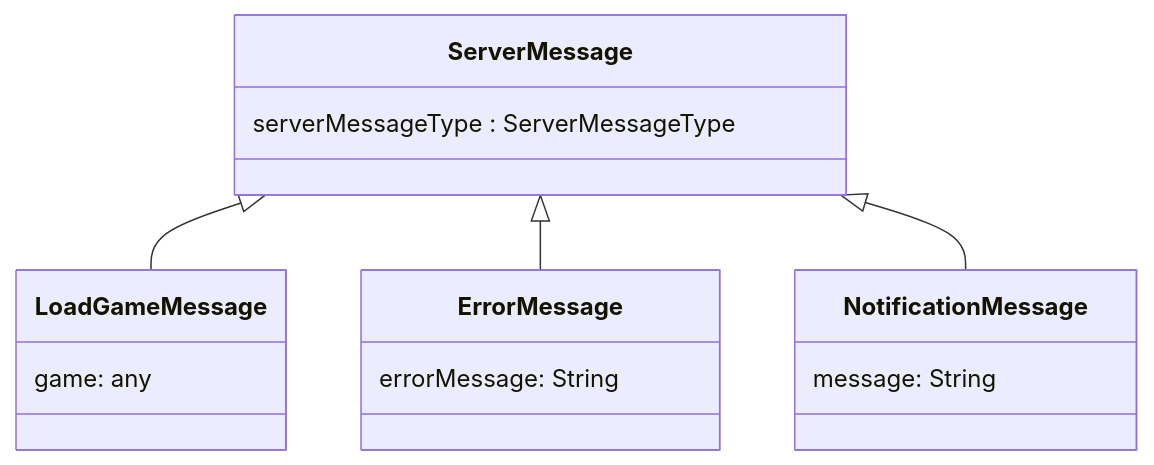
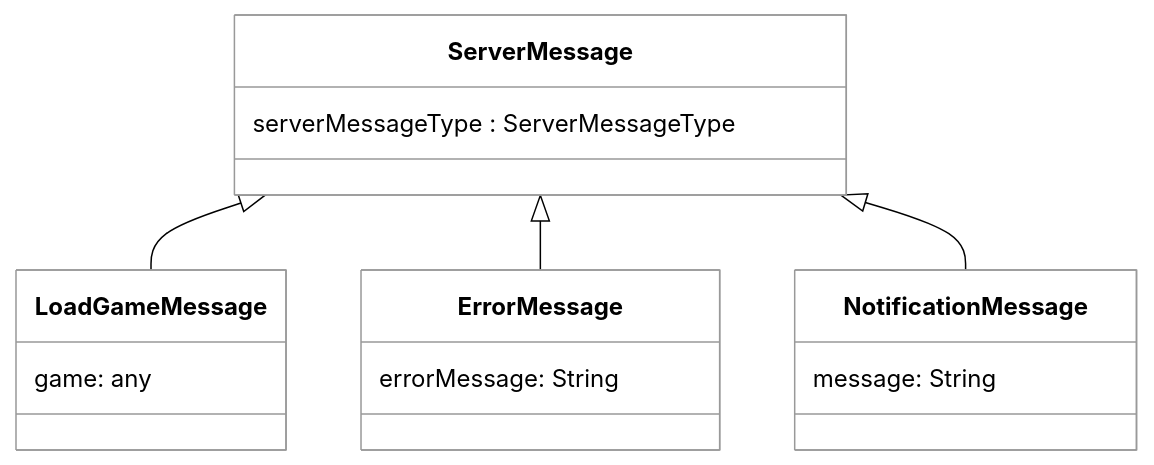
Before and after one commit to softwareconstruction240/softwareconstruction: the fourth of 4 diagrams in chess/6-gameplay/gameplay.md, drawn with Mermaid. The commit also changed other lines of this file and 153 other files, not shown here.

````diff
--- a/chess/6-gameplay/gameplay.md
+++ b/chess/6-gameplay/gameplay.md
@@ -160,18 +200,20 @@
 ```mermaid
+%%{init: { 'theme': 'neutral', 'themeVariables': { 'mainBkg': '#ffffff', 'lineColor': '#000000', 'primaryTextColor': '#000000', 'actorBorder': '#000000', 'participantBorder': '#000000', 'noteBorderColor': '#000000' } }}%%
+
 classDiagram
     class ServerMessage {
         serverMessageType : ServerMessageType
     }
     class LoadGameMessage {
         game: any
     }
     class ErrorMessage {
         errorMessage: String
     }
     class NotificationMessage {
         message: String
     }
     ServerMessage <|-- LoadGameMessage
     ServerMessage <|-- ErrorMessage
     ServerMessage <|-- NotificationMessage
 ```
````
